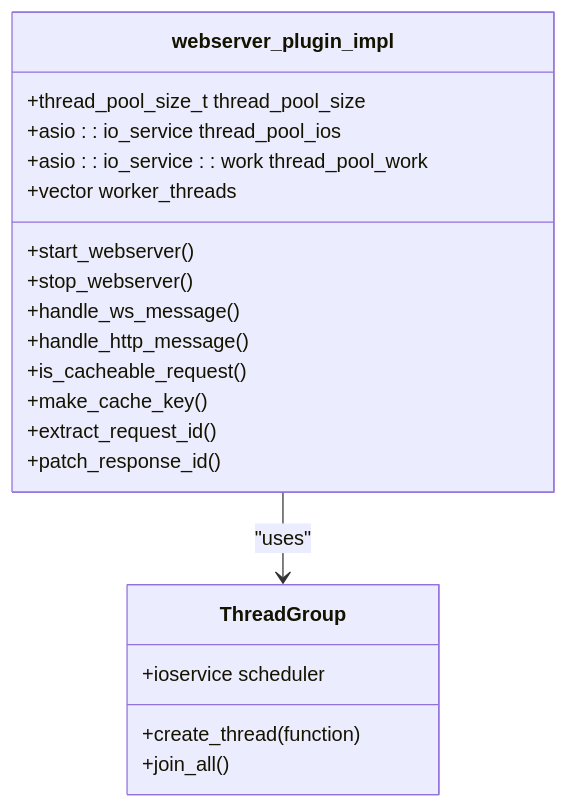
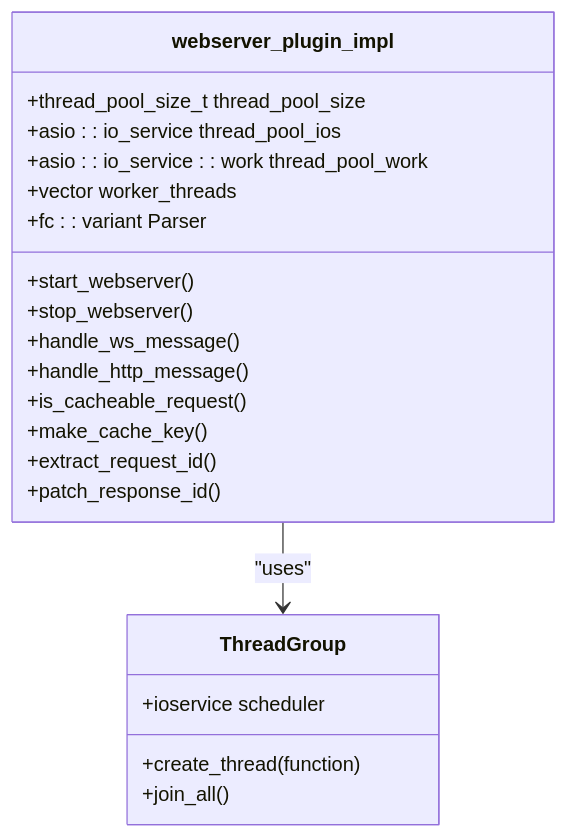
One commit to VIZ-Blockchain/viz-cpp-node changed the eighth of 12 diagrams in .qoder/repowiki/en/content/Webserver Plugin.md. Above: the diagram before and after it, drawn with Mermaid. The commit also changed other lines of this file and 3 other files, not shown here.

````diff
--- a/.qoder/repowiki/en/content/Webserver Plugin.md
+++ b/.qoder/repowiki/en/content/Webserver Plugin.md
@@ -327,23 +345,24 @@
 ```mermaid
 classDiagram
 class webserver_plugin_impl {
 +thread_pool_size_t thread_pool_size
 +asio : : io_service thread_pool_ios
 +asio : : io_service : : work thread_pool_work
 +vector<boost : : thread> worker_threads
 +start_webserver()
 +stop_webserver()
 +handle_ws_message()
 +handle_http_message()
 +is_cacheable_request()
 +make_cache_key()
 +extract_request_id()
 +patch_response_id()
++fc : : variant Parser
 }
 class ThreadGroup {
 +create_thread(function)
 +join_all()
 +ioservice scheduler
 }
 webserver_plugin_impl --> ThreadGroup : "uses"
 ```
````
